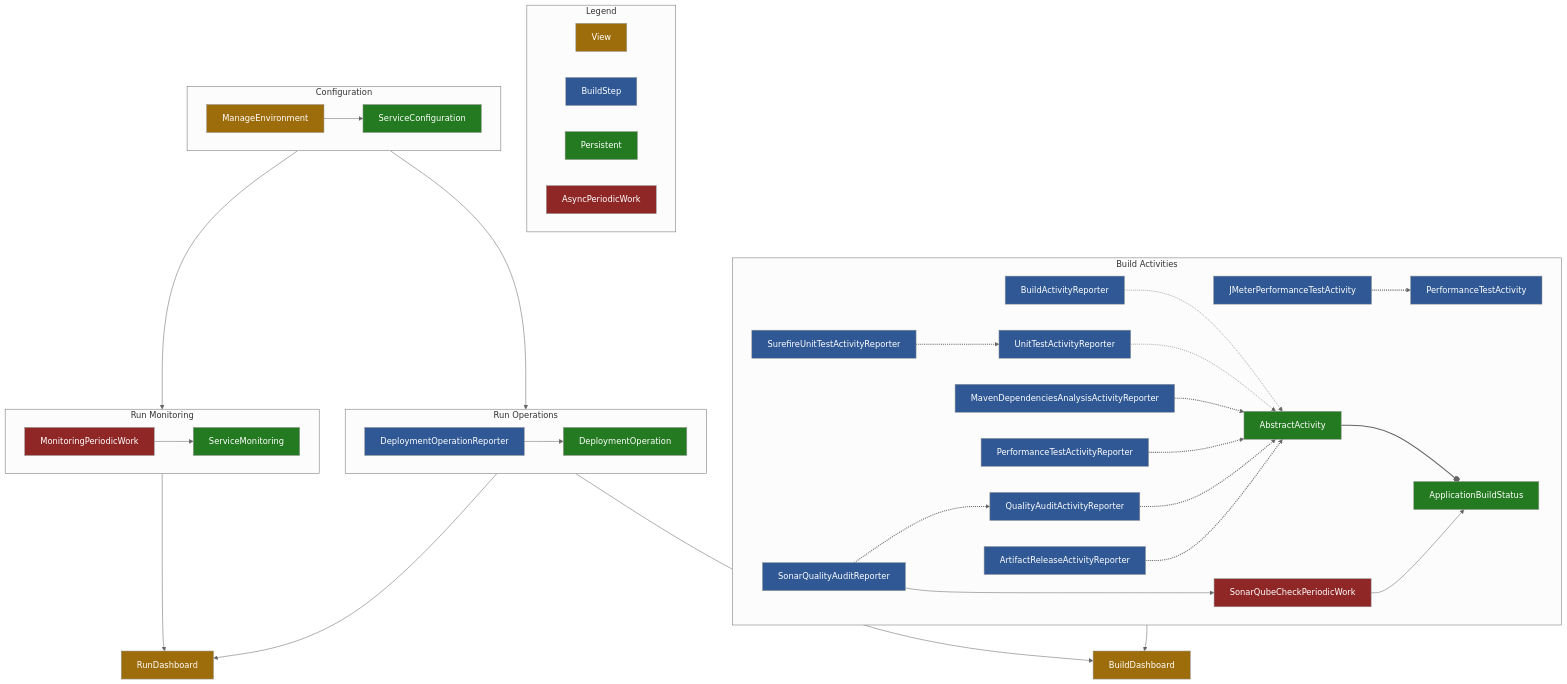
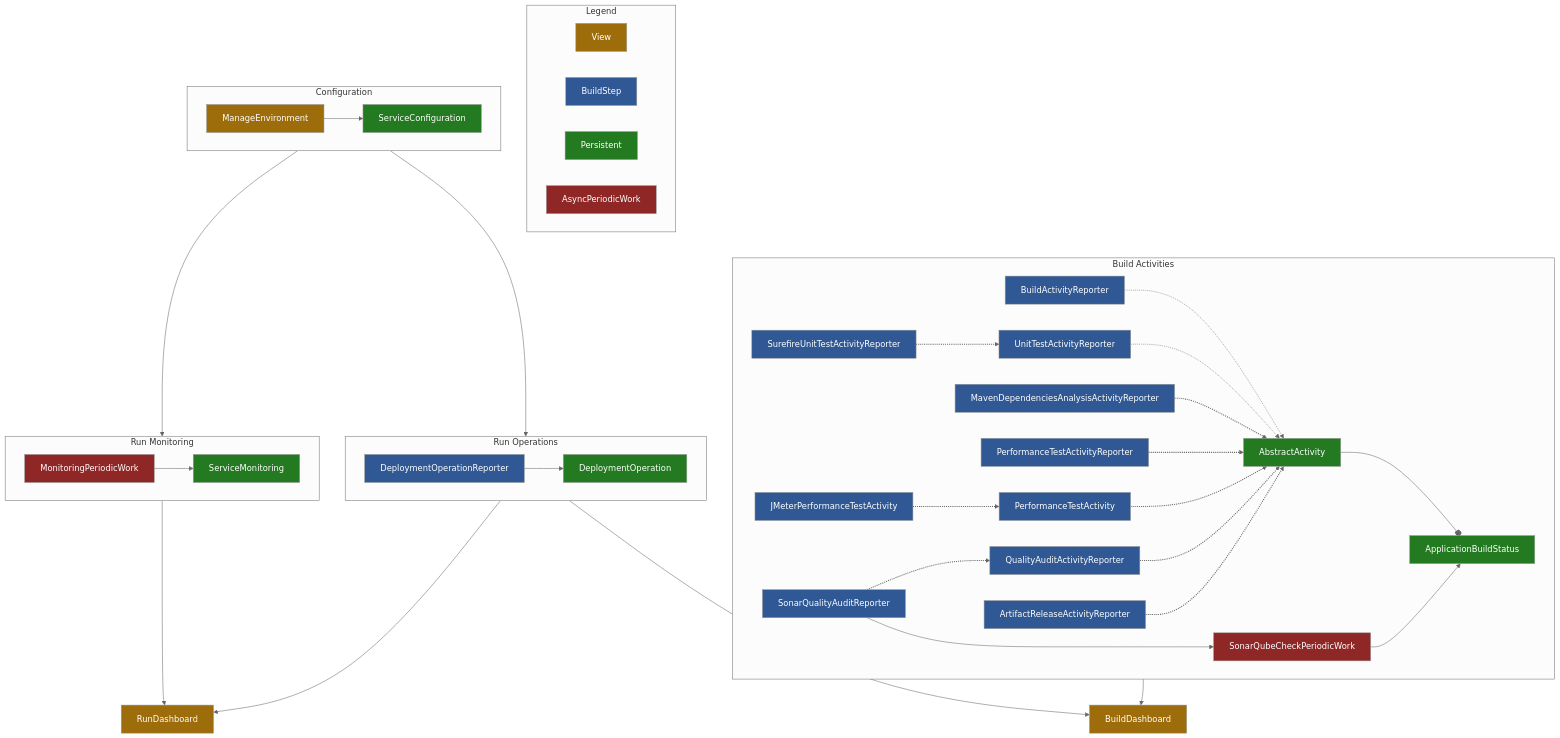
One commit to jenkinsci/devops-portal-plugin changed the diagram in README.md. Above: the diagram before and after it, drawn with Mermaid (neutral theme).

Commit message:
WIP Improve tests

````diff
--- a/README.md
+++ b/README.md
@@ -420,50 +420,51 @@
 ```mermaid
 flowchart TD
 
     subgraph Legend
         View:::view
         BuildStep:::reporter
         Persistent:::entity
         AsyncPeriodicWork:::worker
     end
     
     subgraph Configuration
         ManageEnvironment:::view --> ServiceConfiguration:::entity
     end
     
     subgraph BuildActivities[Build Activities]
         BuildActivityReporter:::reporter -.-> AbstractActivity:::entity
         UnitTestActivityReporter:::reporter -.-> AbstractActivity:::entity
         SurefireUnitTestActivityReporter:::reporter -.-> UnitTestActivityReporter:::reporter
         MavenDependenciesAnalysisActivityReporter:::reporter -.-> AbstractActivity:::entity
         PerformanceTestActivityReporter:::reporter -.-> AbstractActivity:::entity
-        JMeterPerformanceTestActivity:::reporter -.-> PerformanceTestActivity:::reporter
+        JMeterPerformanceTestActivity:::reporter -.-> PerformanceTestActivity:::entity
+        PerformanceTestActivity:::reporter -.-> AbstractActivity:::entity
         QualityAuditActivityReporter:::reporter -.-> AbstractActivity:::entity
         SonarQualityAuditReporter:::reporter -.-> QualityAuditActivityReporter:::reporter
         ArtifactReleaseActivityReporter:::reporter -.-> AbstractActivity:::entity
         AbstractActivity:::entity --o ApplicationBuildStatus:::entity
         SonarQualityAuditReporter:::reporter --> SonarQubeCheckPeriodicWork:::worker
         SonarQubeCheckPeriodicWork:::worker --> ApplicationBuildStatus:::entity
     end
 
     subgraph RunOperations[Run Operations]
         DeploymentOperationReporter:::reporter --> DeploymentOperation:::entity
     end
     
     subgraph RunMonitoring[Run Monitoring]
         MonitoringPeriodicWork:::worker --> ServiceMonitoring:::entity
     end
    
     Configuration --> RunOperations
     Configuration --> RunMonitoring
     RunOperations --> RunDashboard:::view
     RunMonitoring --> RunDashboard:::view
     BuildActivities --> BuildDashboard:::view
     RunOperations --> BuildDashboard:::view
     
     classDef view fill:#9e6d0b,color:#fff
     classDef reporter fill:#2f5894,color:#fff
     classDef entity fill:#247a20,color:#fff
     classDef worker fill:#8f2727,color:#fff
     linkStyle 3,4,5,6,7,8,9,10 stroke-width:2px,fill:none
 ```
````
